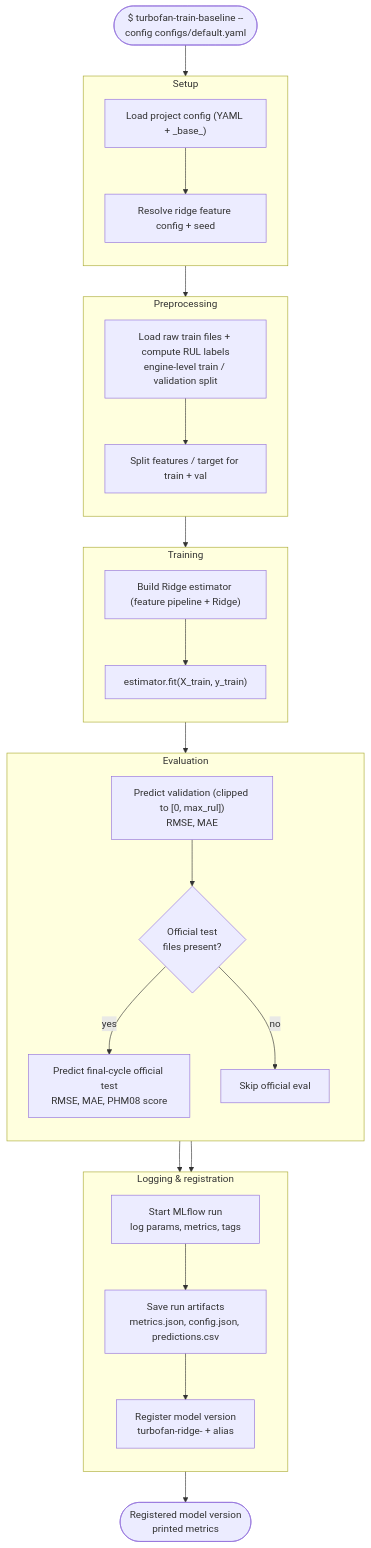
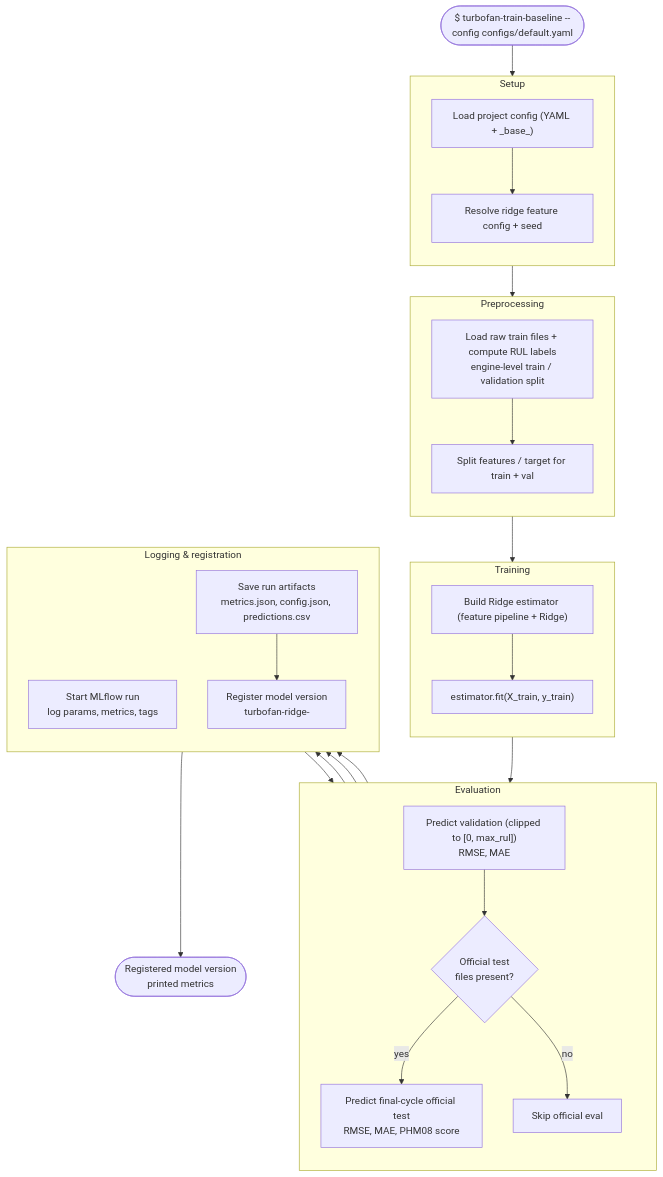
One commit to virgil-castillo/turbofan-rul-mlops changed the diagram in docs/workflows/train-baseline.md. Above: the diagram before and after it, drawn with Mermaid. The commit also changed 3 other files, not shown here.

Commit message:
docs(workflows): correct registry and evaluation flow in diagrams

````diff
--- a/docs/workflows/train-baseline.md
+++ b/docs/workflows/train-baseline.md
@@ -7,52 +7,53 @@
 ```mermaid
 flowchart TD
     START(["$ turbofan-train-baseline --config configs/default.yaml"])
 
     subgraph SETUP["Setup"]
         direction TB
         CFG["Load project config (YAML + _base_)"]
         CFG2["Resolve ridge feature config + seed"]
         CFG --> CFG2
     end
 
     subgraph PREP["Preprocessing"]
         direction TB
         SPLIT["Load raw train files + compute RUL labels<br/>engine-level train / validation split"]
         XY["Split features / target for train + val"]
         SPLIT --> XY
     end
 
     subgraph TRAIN["Training"]
         direction TB
         BUILD["Build Ridge estimator (feature pipeline + Ridge)"]
         FIT["estimator.fit(X_train, y_train)"]
         BUILD --> FIT
     end
 
     subgraph EVAL["Evaluation"]
         direction TB
         VALP["Predict validation (clipped to [0, max_rul])<br/>RMSE, MAE"]
         OFFICIAL{"Official test<br/>files present?"}
         OFFEVAL["Predict final-cycle official test<br/>RMSE, MAE, PHM08 score"]
         SKIP["Skip official eval"]
         VALP --> OFFICIAL
         OFFICIAL -->|yes| OFFEVAL
         OFFICIAL -->|no| SKIP
     end
 
     subgraph RUN["Logging & registration"]
         direction TB
         MLF["Start MLflow run<br/>log params, metrics, tags"]
         ARTIFACTS["Save run artifacts<br/>metrics.json, config.json, predictions.csv"]
-        REGISTER["Register model version<br/>turbofan-ridge-<subset> + alias"]
-        MLF --> ARTIFACTS --> REGISTER
+        REGISTER["Register model version<br/>turbofan-ridge-<subset>"]
+        ARTIFACTS --> REGISTER
     end
 
     START --> CFG
     CFG2 --> SPLIT
     XY --> BUILD
-    FIT --> VALP
-    OFFEVAL --> MLF
-    SKIP --> MLF
+    FIT --> VALP --> MLF
+    MLF --> OFFICIAL
+    OFFEVAL --> ARTIFACTS
+    SKIP --> ARTIFACTS
     REGISTER --> DONE(["Registered model version<br/>printed metrics"])
 ```
````
